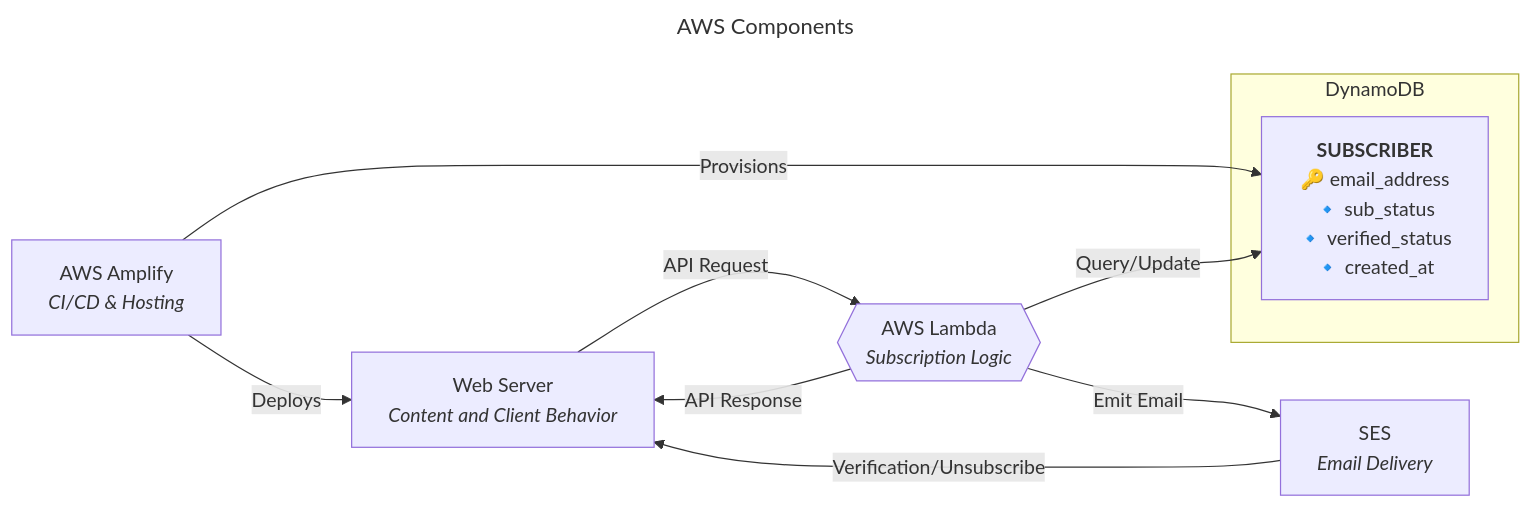
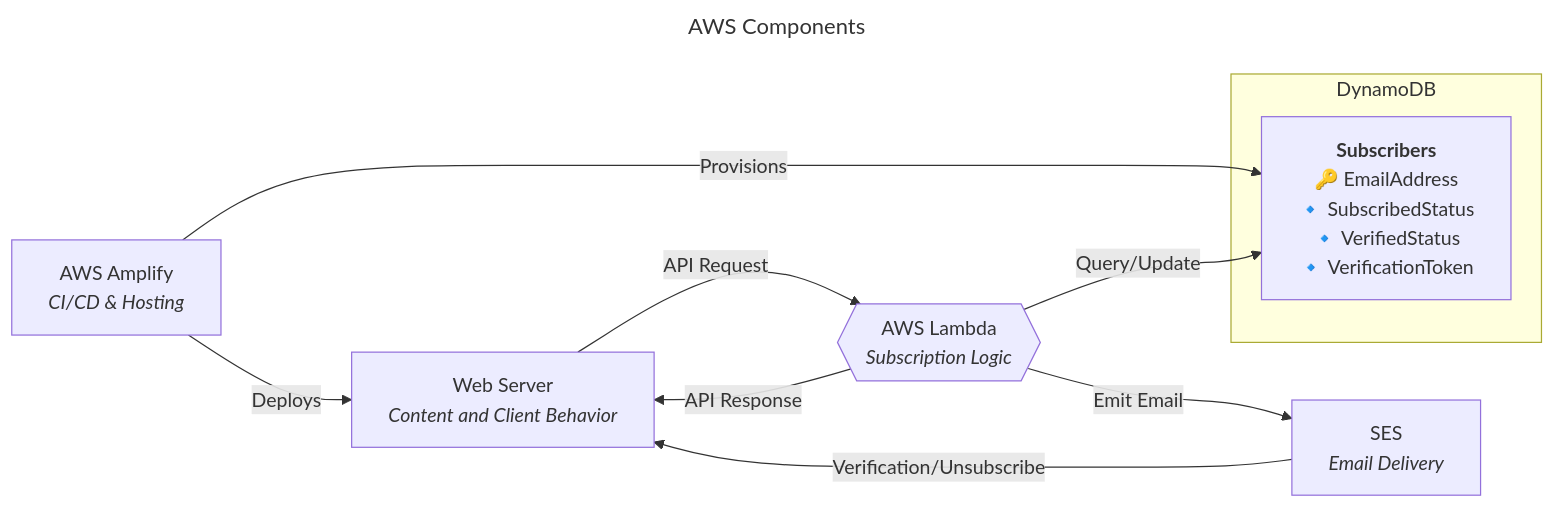
One commit to tapphughesn/blog changed the first of 3 diagrams in design/subscriber_system.md. Above: the diagram before and after it, drawn with Mermaid. The commit also changed other lines of this file and 1 other file, not shown here.

Commit message:
Fix Subsribers table schema

````diff
--- a/design/subscriber_system.md
+++ b/design/subscriber_system.md
@@ -7,25 +7,22 @@
 ```mermaid
 ---
 title: AWS Components
 ---
 flowchart LR
-    %% Main Components
     Amplify[AWS Amplify <br/> <i>CI/CD & Hosting</i>]
     Server[Web Server <br/> <i>Content and Client Behavior</i>]
     Lambda{{AWS Lambda <br/> <i>Subscription Logic</i>}}
     SES[SES <br/> <i>Email Delivery</i>]
 
-    %% Detailed Database Node (Simulated ERD)
     subgraph DynamoDB [DynamoDB]
-        DB["<b>SUBSCRIBER</b> <br/> 🔑 email_address <br/> 🔹 sub_status <br/> 🔹 verified_status <br/> 🔹 created_at"]
+        DB["<b>Subscribers</b> <br/> 🔑 EmailAddress <br/> 🔹 SubscribedStatus <br/> 🔹 VerifiedStatus <br/> 🔹 VerificationToken"]
     end
 
-    %% Connections
     Amplify -- Deploys --> Server
     Amplify -- Provisions --> DB
     Server -- API Request --> Lambda
     Lambda -- API Response --> Server
     Lambda -- Query/Update --> DB
     Lambda -- Emit Email --> SES
     SES -- Verification/Unsubscribe --> Server
 ```
````
